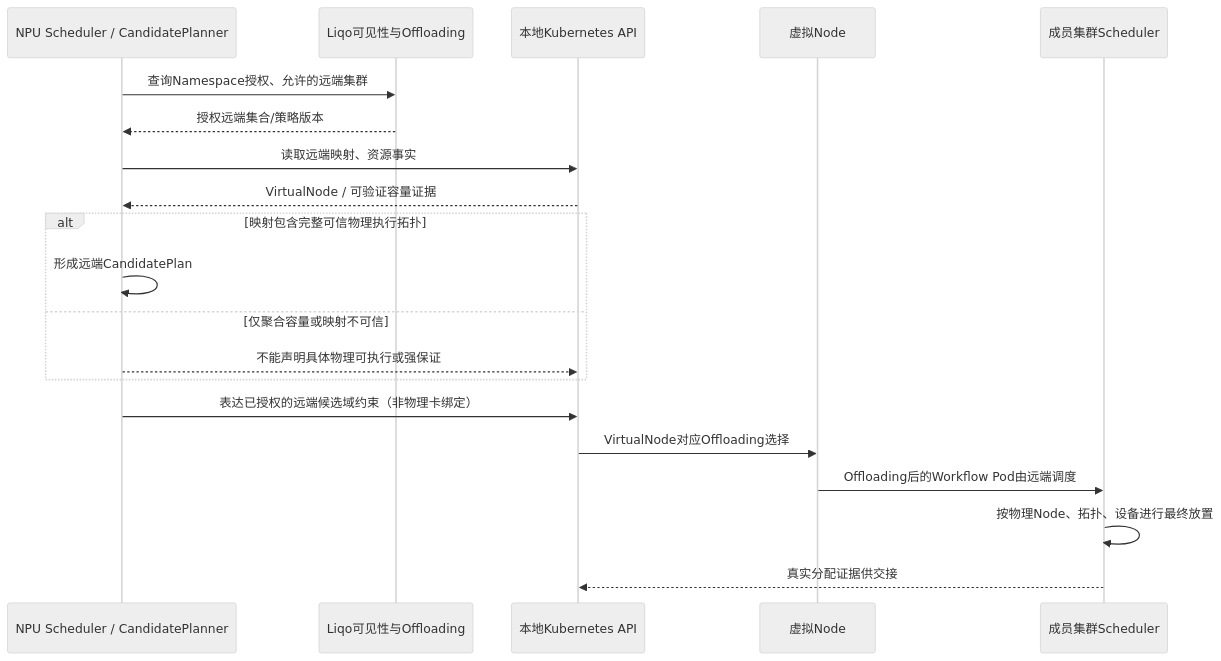
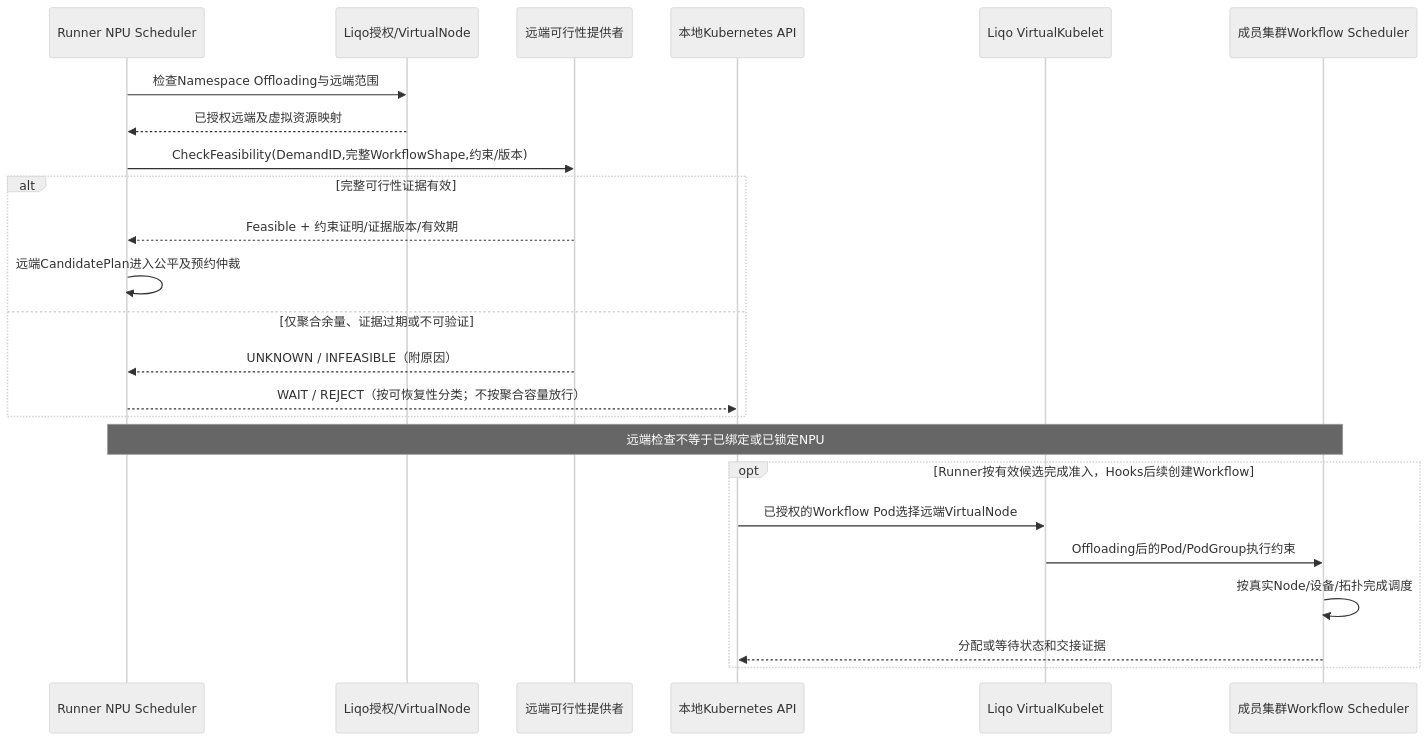
One commit to ascend-gha-runners/scheduler-plugins changed the seventh of 9 diagrams in docs/system-design.md. Above: the diagram before and after it, drawn with Mermaid (neutral theme). The commit also changed other lines of this file, not shown here.

First line of the commit message:
docs: close NPU demand, remote feasibility and scheduling contract gaps (#23)

```diff
--- a/docs/system-design.md
+++ b/docs/system-design.md
@@ -855,22 +896,26 @@
 ~~~mermaid
 sequenceDiagram
-  participant NS as NPU Scheduler / CandidatePlanner
-  participant L as Liqo可见性与Offloading
+  participant NS as Runner NPU Scheduler
+  participant L as Liqo授权/VirtualNode
+  participant RF as 远端可行性提供者
   participant API as 本地Kubernetes API
-  participant VR as 虚拟Node
-  participant MC as 成员集群Scheduler
-  NS->>L: 查询Namespace授权、允许的远端集群
-  L-->>NS: 授权远端集合/策略版本
-  NS->>API: 读取远端映射、资源事实
-  API-->>NS: VirtualNode / 可验证容量证据
-  alt 映射包含完整可信物理执行拓扑
-    NS->>NS: 形成远端CandidatePlan
-  else 仅聚合容量或映射不可信
-    NS-->>API: 不能声明具体物理可执行或强保证
+  participant VR as Liqo VirtualKubelet
+  participant MC as 成员集群Workflow Scheduler
+  NS->>L: 检查Namespace Offloading与远端范围
+  L-->>NS: 已授权远端及虚拟资源映射
+  NS->>RF: CheckFeasibility(DemandID,完整WorkflowShape,约束/版本)
+  alt 完整可行性证据有效
+    RF-->>NS: Feasible + 约束证明/证据版本/有效期
+    NS->>NS: 远端CandidatePlan进入公平及预约仲裁
+  else 仅聚合余量、证据过期或不可验证
+    RF-->>NS: UNKNOWN / INFEASIBLE（附原因）
+    NS-->>API: WAIT / REJECT（按可恢复性分类；不按聚合容量放行）
   end
-  NS->>API: 表达已授权的远端候选域约束（非物理卡绑定）
-  API->>VR: VirtualNode对应Offloading选择
-  VR->>MC: Offloading后的Workflow Pod由远端调度
-  MC->>MC: 按物理Node、拓扑、设备进行最终放置
-  MC-->>API: 真实分配证据供交接
+  Note over NS,MC: 远端检查不等于已绑定或已锁定NPU
+  opt Runner按有效候选完成准入，Hooks后续创建Workflow
+    API->>VR: 已授权的Workflow Pod选择远端VirtualNode
+    VR->>MC: Offloading后的Pod/PodGroup执行约束
+    MC->>MC: 按真实Node/设备/拓扑完成调度
+    MC-->>API: 分配或等待状态和交接证据
+  end
 ~~~
```
